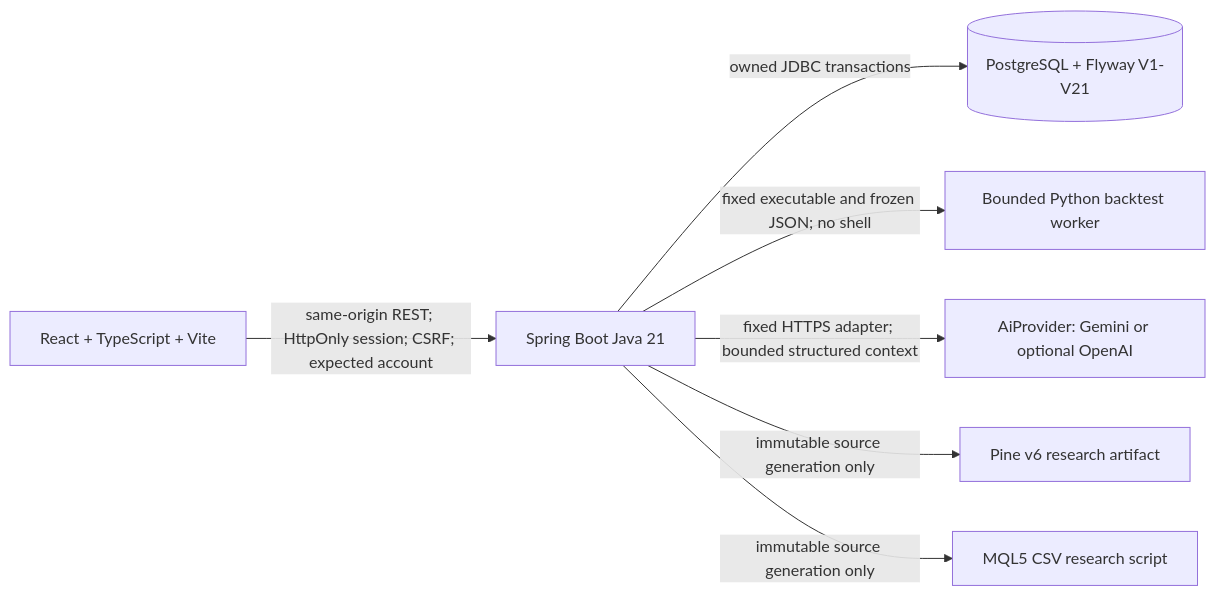
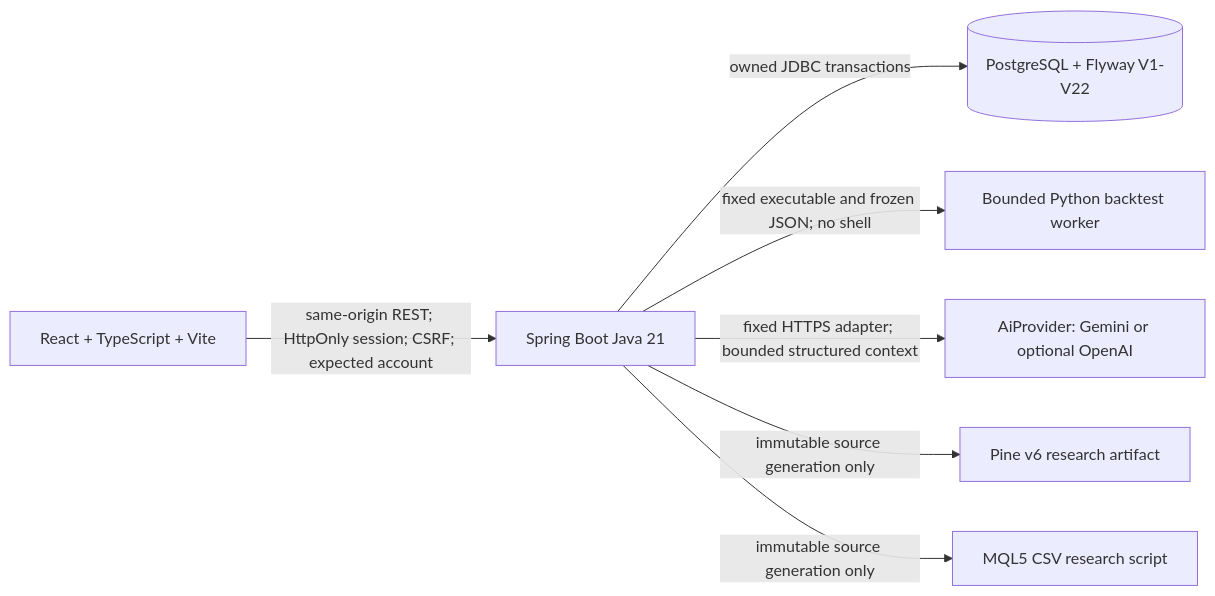
Before and after one commit to tranbaohoang10/AITrading: the first of 5 diagrams in docs/architecture.md, drawn with Mermaid. The commit also changed 63 other files, not shown here.

````diff
--- a/docs/architecture.md
+++ b/docs/architecture.md
@@ -11,16 +11,16 @@
 ```mermaid
 flowchart LR
   Browser[React + TypeScript + Vite]
   API[Spring Boot Java 21]
-  DB[(PostgreSQL + Flyway V1-V21)]
+  DB[(PostgreSQL + Flyway V1-V22)]
   Python[Bounded Python backtest worker]
   AI[AiProvider: Gemini or optional OpenAI]
   Pine[Pine v6 research artifact]
   MQL[MQL5 CSV research script]
   Browser -->|same-origin REST; HttpOnly session; CSRF; expected account| API
   API -->|owned JDBC transactions| DB
   API -->|fixed executable and frozen JSON; no shell| Python
   API -->|fixed HTTPS adapter; bounded structured context| AI
   API -->|immutable source generation only| Pine
   API -->|immutable source generation only| MQL
 ```
````
